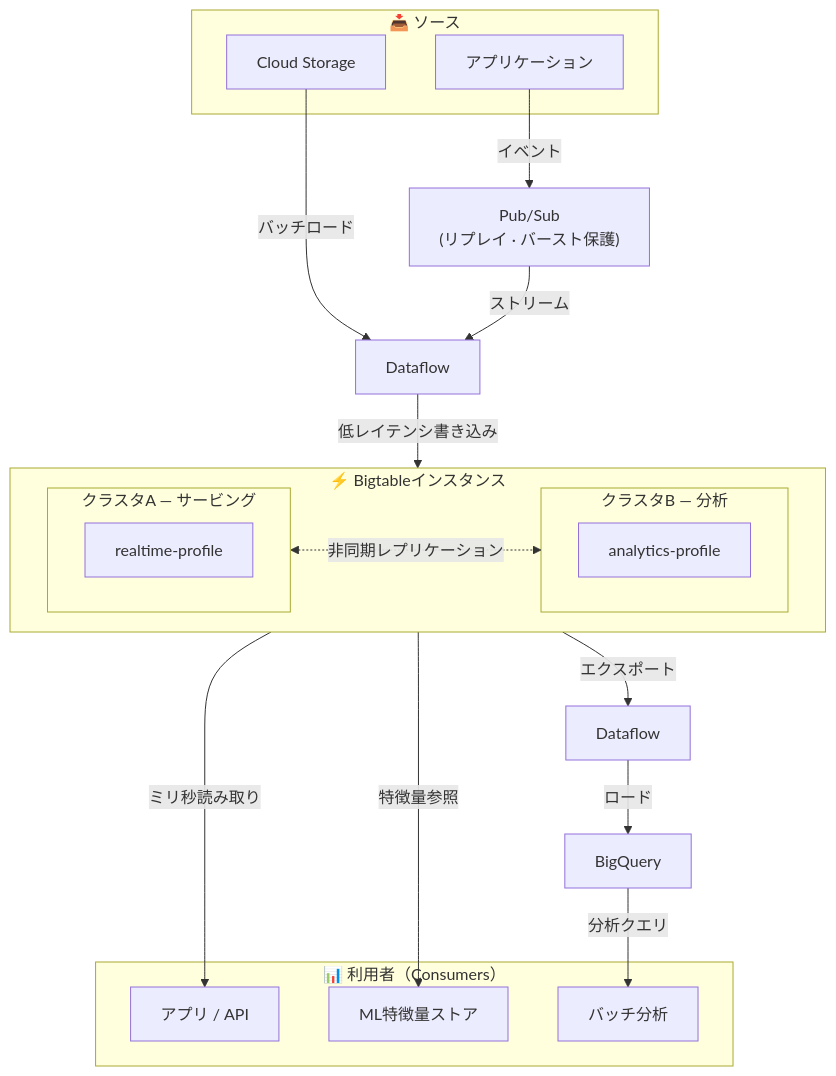
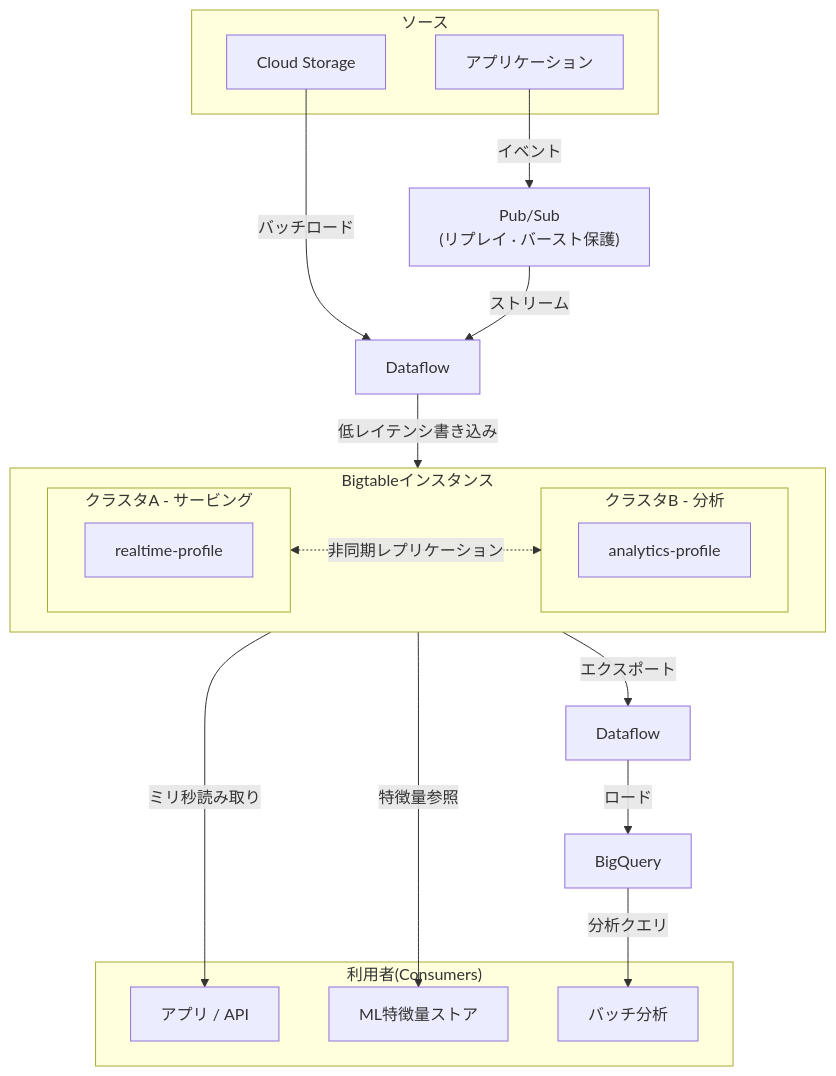
The second of 2 diagrams in content/OperationalDBs/Bigtable.md (Maskish86/gcp-pde-exam-guide-ja), drawn with Mermaid before and after one commit. The commit also changed other lines of this file and 6 other files, not shown here.

````diff
--- a/content/OperationalDBs/Bigtable.md
+++ b/content/OperationalDBs/Bigtable.md
@@ -139,46 +139,46 @@
 ```mermaid
 flowchart TB
 
-subgraph SRC["📥 ソース"]
+subgraph SRC["ソース"]
     APP[アプリケーション]
     GCS[Cloud Storage]
 end
 
 PS["Pub/Sub<br/>(リプレイ · バースト保護)"]
 DFI[Dataflow]
 
-subgraph BT["⚡ Bigtableインスタンス"]
+subgraph BT["Bigtableインスタンス"]
     direction LR
-    subgraph CA["クラスタA — サービング"]
+    subgraph CA["クラスタA - サービング"]
         AP1[realtime-profile]
     end
-    subgraph CB["クラスタB — 分析"]
+    subgraph CB["クラスタB - 分析"]
         AP2[analytics-profile]
     end
     CA <-.->|非同期レプリケーション| CB
 end
 
 DFE[Dataflow]
 BQ[BigQuery]
 
-subgraph OUT["📊 利用者（Consumers）"]
+subgraph OUT["利用者(Consumers)"]
     C1[アプリ / API]
     C3[ML特徴量ストア]
     C2[バッチ分析]
 end
 
-%% Ingest — applications buffer through Pub/Sub
+%% Ingest - applications buffer through Pub/Sub
 APP -->|イベント| PS
 GCS -->|バッチロード| DFI
 PS -->|ストリーム| DFI
 DFI -->|低レイテンシ書き込み| AP1
 
 %% Serving
 AP1 -->|ミリ秒読み取り| C1
 AP1 -->|特徴量参照| C3
 
-%% Analytics export — Bigtableは大規模スキャン用途ではない
+%% Analytics export - Bigtableは大規模スキャン用途ではない
 AP2 -->|エクスポート| DFE
 DFE -->|ロード| BQ
 BQ -->|分析クエリ| C2
 ```
````
